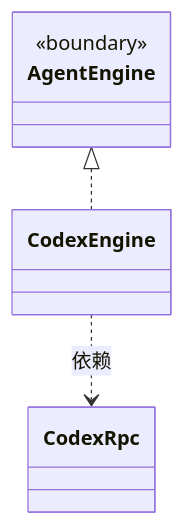
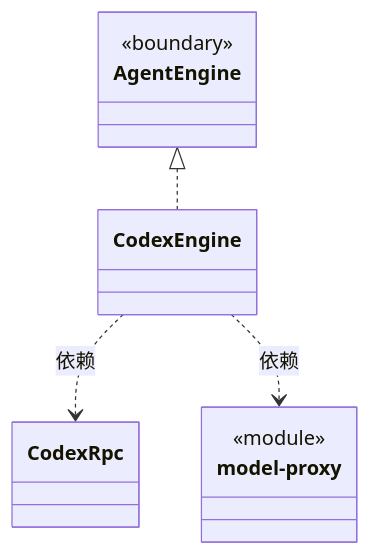
Before and after one commit to nan023062/cbim: the diagram in src/logic/execution/engines/codex/ARCHITECTURE.md, drawn with Mermaid. The commit also changed other lines of this file and 136 other files, not shown here.

````diff
--- a/src/logic/execution/engines/codex/ARCHITECTURE.md
+++ b/src/logic/execution/engines/codex/ARCHITECTURE.md
@@ -20,13 +23,18 @@
 ```mermaid
 classDiagram
 class N_2b676b36a029["CodexEngine"]
 click N_2b676b36a029 href "engine.ts"
 class N_8b0be3d38a52["CodexRpc"]
 click N_8b0be3d38a52 href "rpc.ts"
+class N_cc384ddb73d0["model-proxy"] {
+  <<module>>
+}
+click N_cc384ddb73d0 href "model-proxy.ts"
 class N_649b8a6ac172["AgentEngine"] {
   <<boundary>>
 }
 click N_649b8a6ac172 href "../../rules/types.ts"
 N_2b676b36a029 ..> N_8b0be3d38a52 : 依赖
+N_2b676b36a029 ..> N_cc384ddb73d0 : 依赖
 N_649b8a6ac172 <|.. N_2b676b36a029
 ```
````
